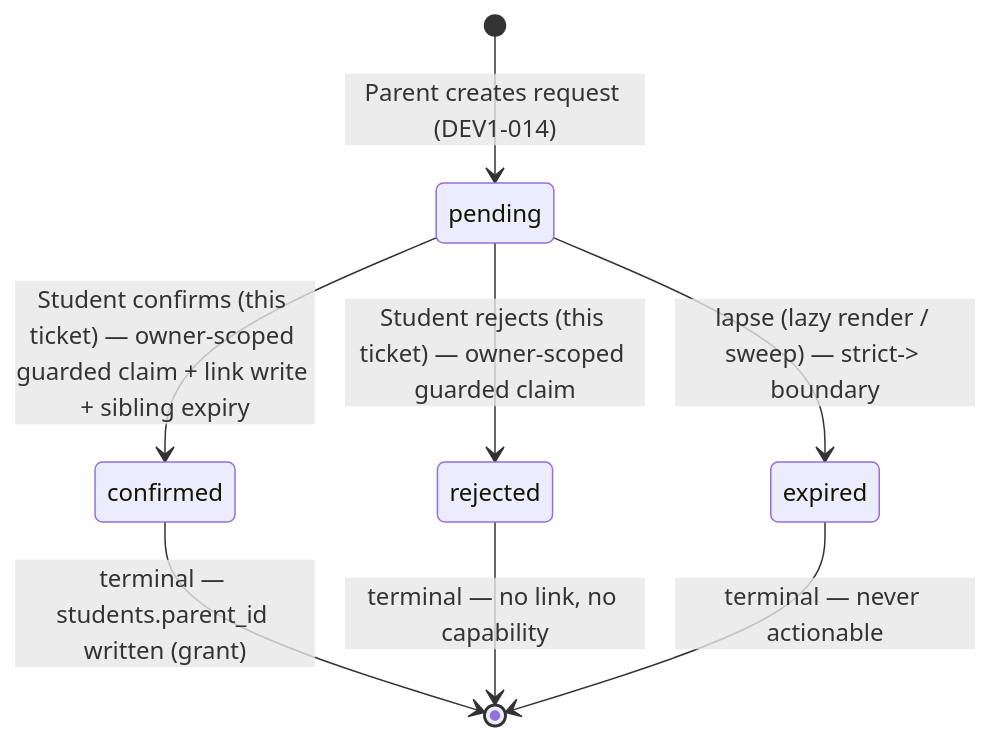
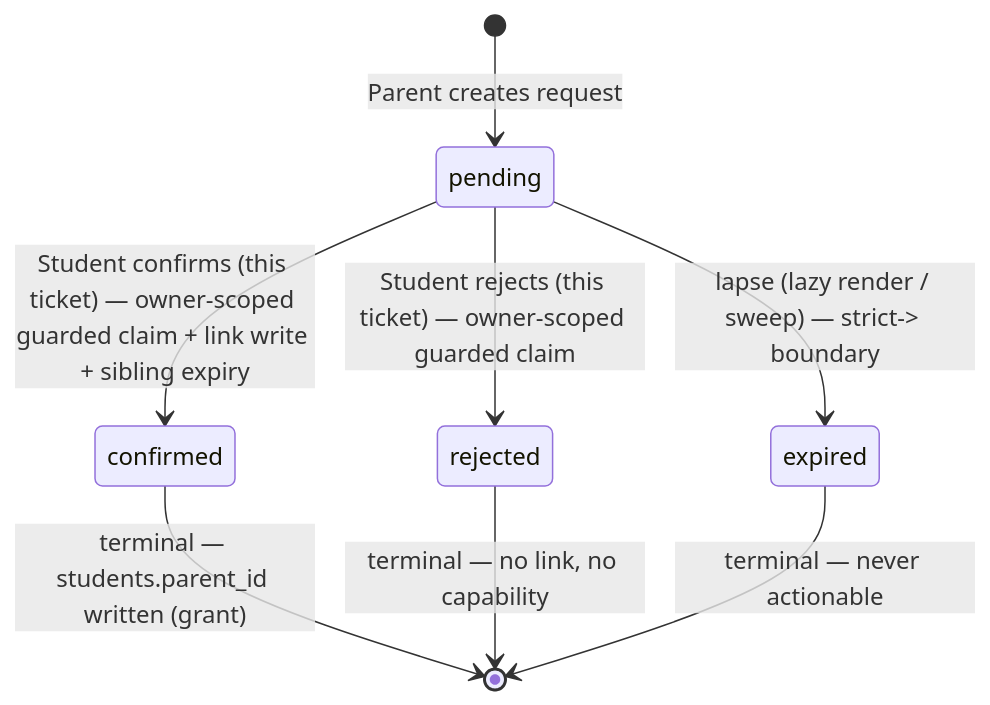
The diagram in ai/finished_plans/sprint_3/dev1-015-student-confirmation-of-parent-link/plan.md (kottaby/kottaby), drawn with Mermaid before and after one commit. The commit also changed other lines of this file and 297 other files, not shown here.

````diff
--- a/ai/finished_plans/sprint_3/dev1-015-student-confirmation-of-parent-link/plan.md
+++ b/ai/finished_plans/sprint_3/dev1-015-student-confirmation-of-parent-link/plan.md
@@ -206,10 +206,10 @@
 ```mermaid
 stateDiagram-v2
-    [*] --> pending: Parent creates request (DEV1-014)
+    [*] --> pending: Parent creates request 
     pending --> confirmed: Student confirms (this ticket) — owner-scoped guarded claim + link write + sibling expiry
     pending --> rejected: Student rejects (this ticket) — owner-scoped guarded claim
     pending --> expired: lapse (lazy render / sweep) — strict-> boundary
     confirmed --> [*]: terminal — students.parent_id written (grant)
     rejected --> [*]: terminal — no link, no capability
     expired --> [*]: terminal — never actionable
 ```
````
